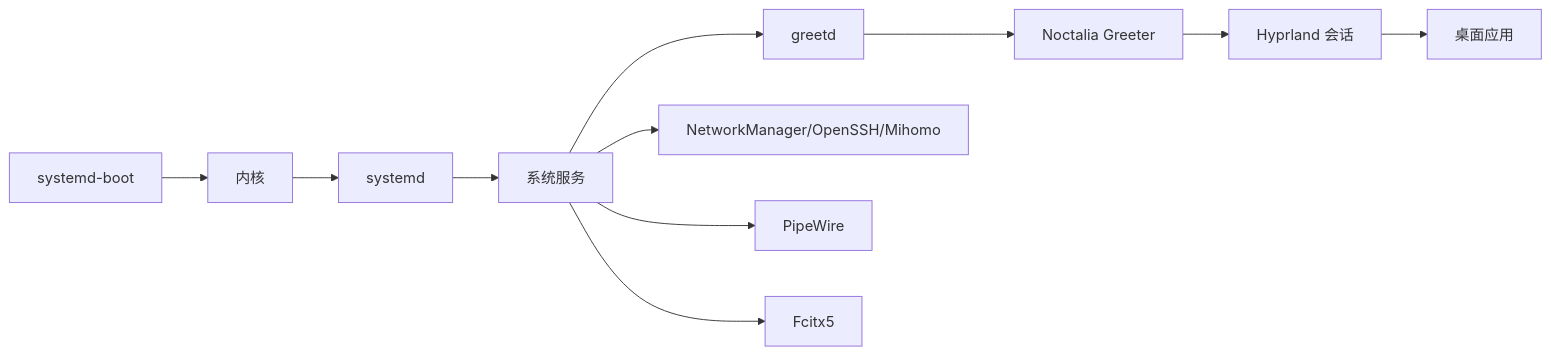
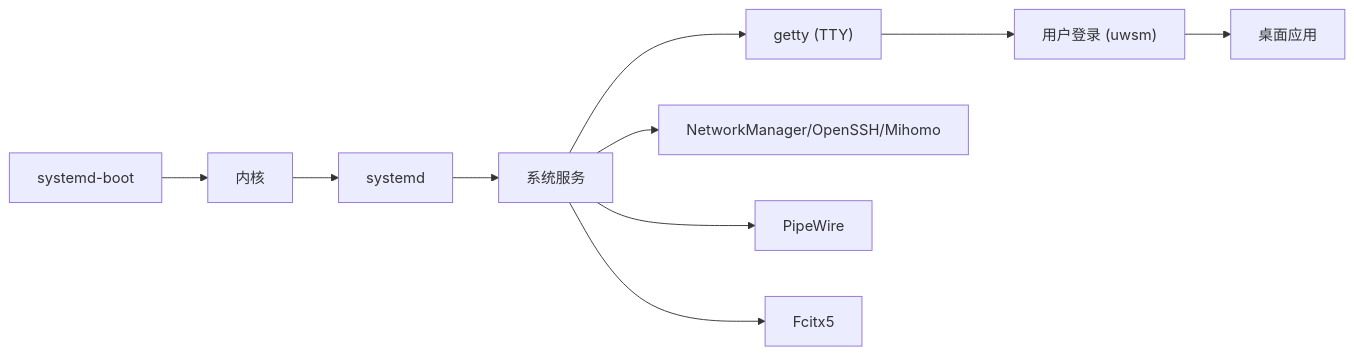
Before and after one commit to Shangshui0302/myNixOSConfig: the third of 3 diagrams in wiki/architecture/host.md, drawn with Mermaid. The commit also changed other lines of this file and 8 other files, not shown here.

First line of the commit message:
feat(greeter): retire Noctalia Greeter, switch to pure TTY login

````diff
--- a/wiki/architecture/host.md
+++ b/wiki/architecture/host.md
@@ -90,13 +90,12 @@
 ```mermaid
 graph LR
 SB["systemd-boot"] --> K["内核"]
 K --> SD["systemd"]
 SD --> SV["系统服务"]
-SV --> GR["greetd"]
-GR --> NG["Noctalia Greeter"]
-NG --> HS["Hyprland 会话"]
+SV --> TTY["getty (TTY)"]
+TTY --> HS["用户登录 (uwsm)"]
 HS --> APP["桌面应用"]
 SV --> NET["NetworkManager/OpenSSH/Mihomo"]
 SV --> AUD["PipeWire"]
 SV --> IM["Fcitx5"]
 ```
````
